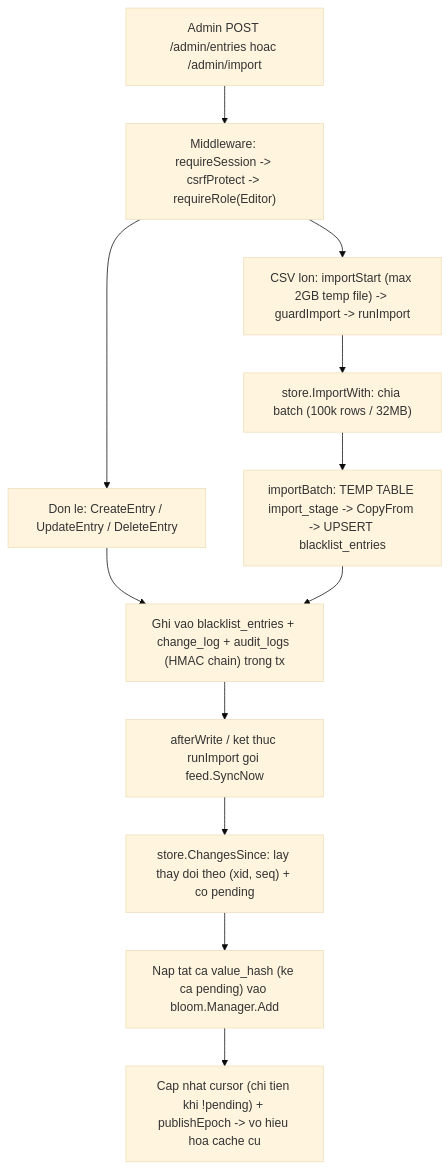
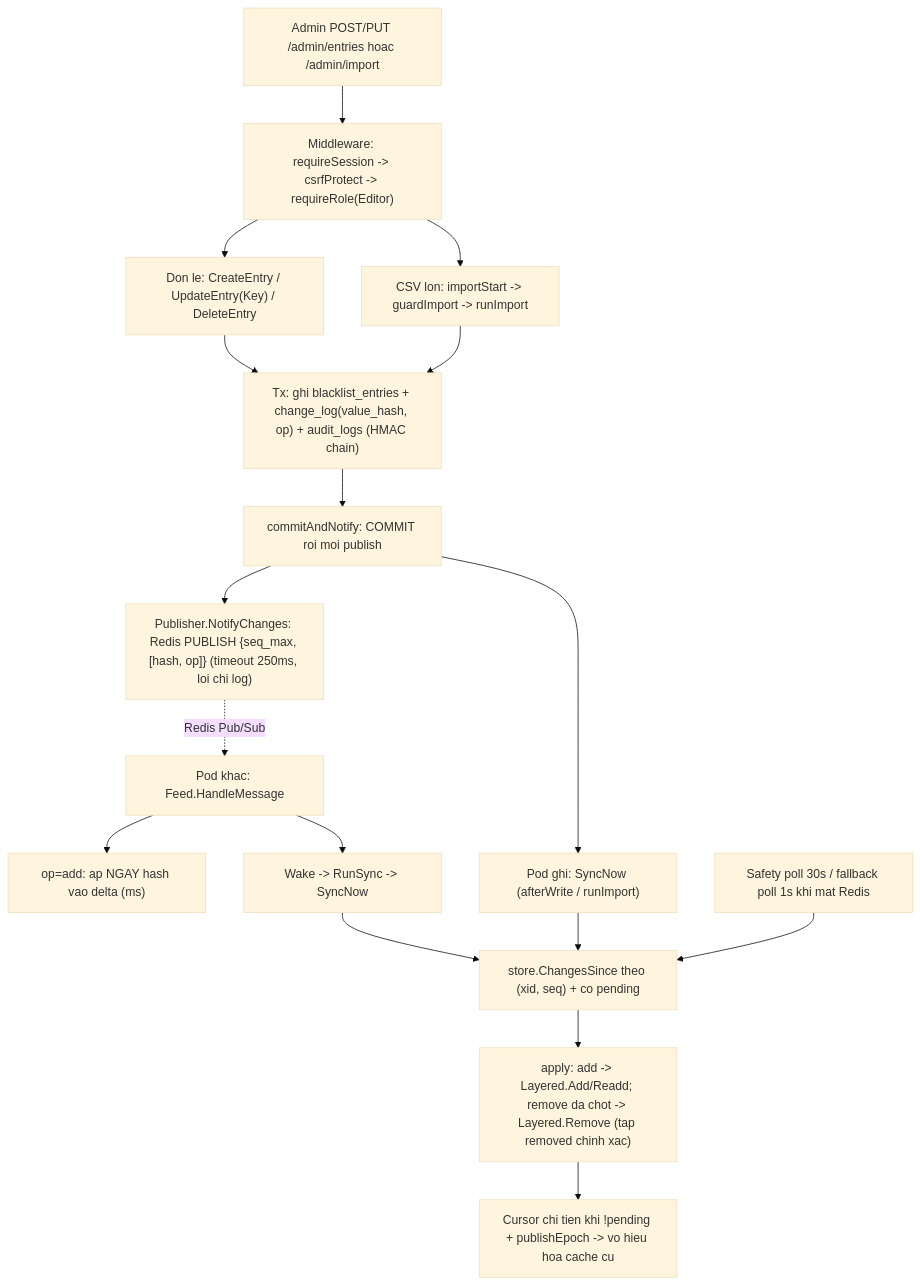
One commit to EddiesGranger03/Spam-Blacklist changed the fourth of 4 diagrams in docs/LUONG_VA_DANH_MUC_HAM.md. Above: the diagram before and after it, drawn with Mermaid (base theme). The commit also changed other lines of this file and 95 other files, not shown here.

````diff
--- a/docs/LUONG_VA_DANH_MUC_HAM.md
+++ b/docs/LUONG_VA_DANH_MUC_HAM.md
@@ -109,14 +117,19 @@
 ```mermaid
 flowchart TD
-    A["Admin POST /admin/entries hoac /admin/import"] --> B["Middleware: requireSession -> csrfProtect -> requireRole(Editor)"]
-    B --> C1["Don le: CreateEntry / UpdateEntry / DeleteEntry"]
-    B --> C2["CSV lon: importStart (max 2GB temp file) -> guardImport -> runImport"]
-    C2 --> C3["store.ImportWith: chia batch (100k rows / 32MB)"]
-    C3 --> C4["importBatch: TEMP TABLE import_stage -> CopyFrom -> UPSERT blacklist_entries"]
-    C1 --> D["Ghi vao blacklist_entries + change_log + audit_logs (HMAC chain) trong tx"]
-    C4 --> D
-    D --> E["afterWrite / ket thuc runImport goi feed.SyncNow"]
-    E --> F["store.ChangesSince: lay thay doi theo (xid, seq) + co pending"]
-    F --> G["Nap tat ca value_hash (ke ca pending) vao bloom.Manager.Add"]
-    G --> H["Cap nhat cursor (chi tien khi !pending) + publishEpoch -> vo hieu hoa cache cu"]
+    A["Admin POST/PUT /admin/entries hoac /admin/import"] --> B["Middleware: requireSession -> csrfProtect -> requireRole(Editor)"]
+    B --> C1["Don le: CreateEntry / UpdateEntry(Key) / DeleteEntry"]
+    B --> C2["CSV lon: importStart -> guardImport -> runImport"]
+    C1 --> D["Tx: ghi blacklist_entries + change_log(value_hash, op) + audit_logs (HMAC chain)"]
+    C2 --> D
+    D --> E["commitAndNotify: COMMIT roi moi publish"]
+    E --> P["Publisher.NotifyChanges: Redis PUBLISH {seq_max, [hash, op]} (timeout 250ms, loi chi log)"]
+    P -. "Redis Pub/Sub" .-> R["Pod khac: Feed.HandleMessage"]
+    R --> R1["op=add: ap NGAY hash vao delta (ms)"]
+    R --> R2["Wake -> RunSync -> SyncNow"]
+    E --> S["Pod ghi: SyncNow (afterWrite / runImport)"]
+    R2 --> F["store.ChangesSince theo (xid, seq) + co pending"]
+    S --> F
+    F --> G["apply: add -> Layered.Add/Readd; remove da chot -> Layered.Remove (tap removed chinh xac)"]
+    G --> H["Cursor chi tien khi !pending + publishEpoch -> vo hieu hoa cache cu"]
+    T["Safety poll 30s / fallback poll 1s khi mat Redis"] --> F
 ```
````
